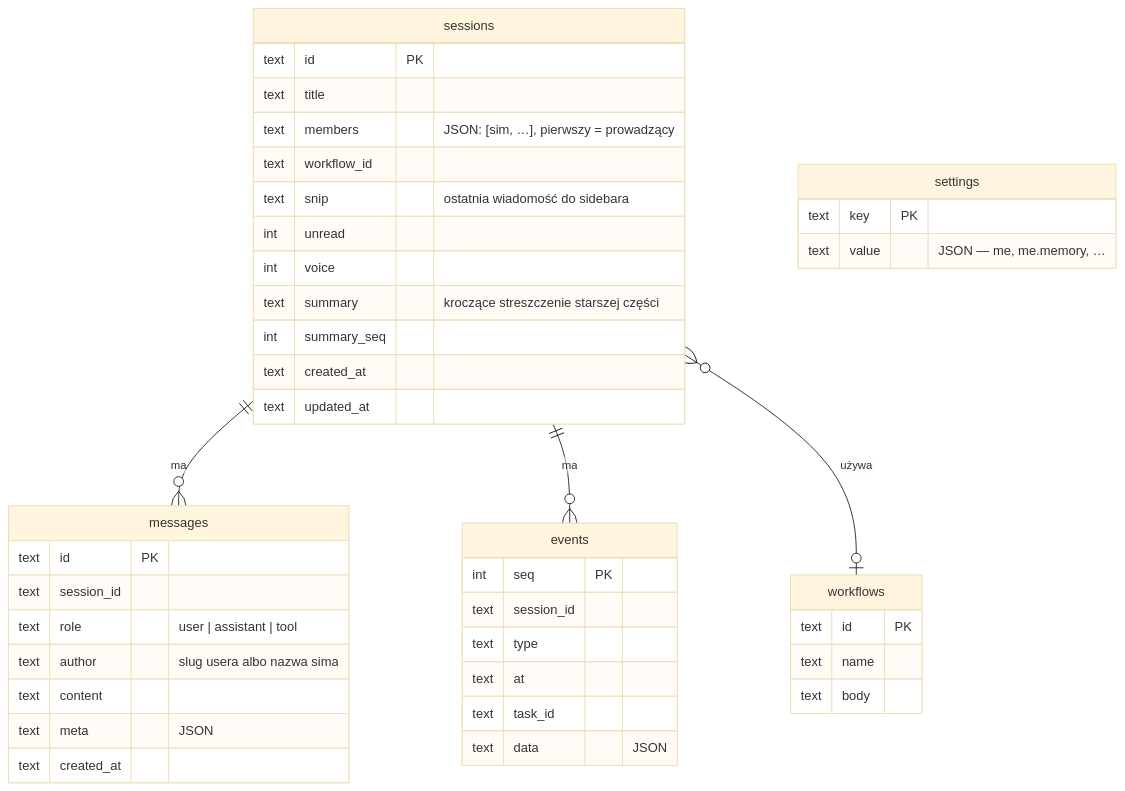
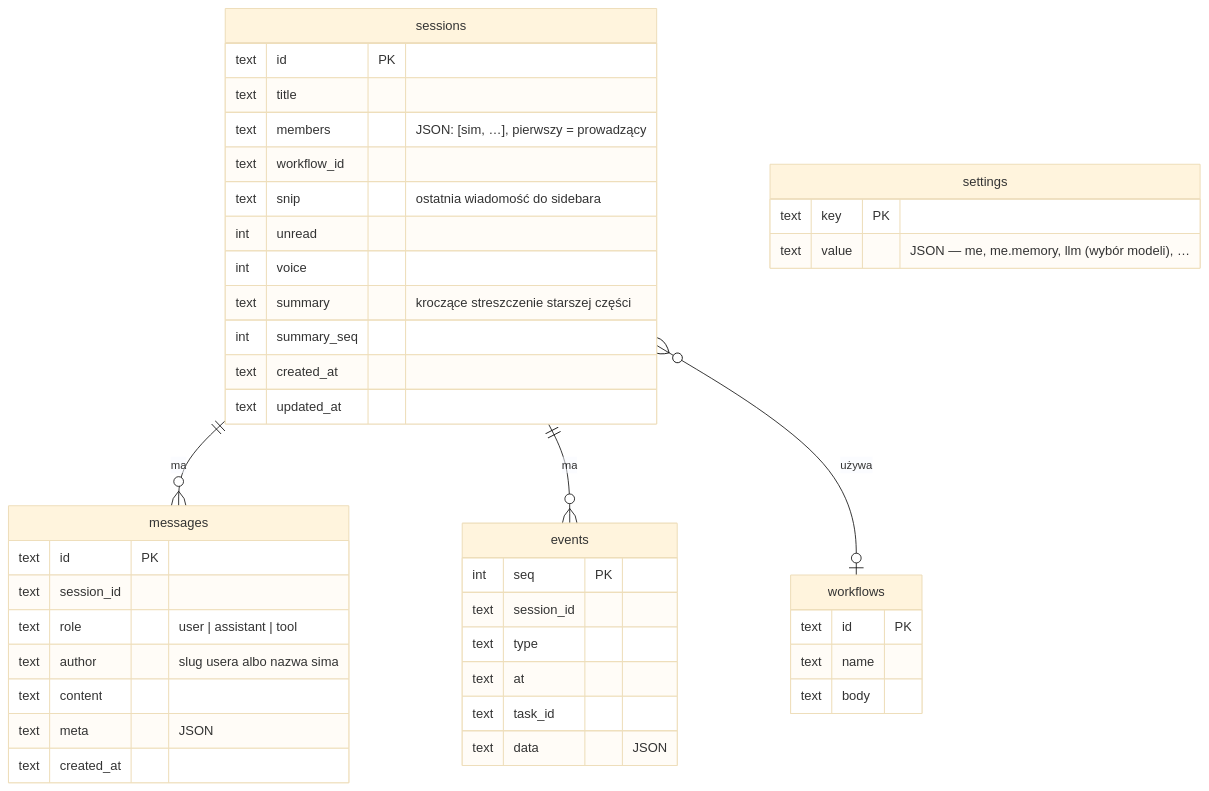
One commit to quak-smauga/Simbot changed the diagram in apps/docs/src/content/docs/architecture/data.md. Above: the diagram before and after it, drawn with Mermaid (base theme). The commit also changed other lines of this file and 45 other files, not shown here.

````diff
--- a/apps/docs/src/content/docs/architecture/data.md
+++ b/apps/docs/src/content/docs/architecture/data.md
@@ -42,45 +43,45 @@
 ```mermaid
 erDiagram
   sessions ||--o{ messages : ma
   sessions ||--o{ events : ma
   sessions }o--o| workflows : używa
   sessions {
     text id PK
     text title
     text members "JSON: [sim, …], pierwszy = prowadzący"
     text workflow_id
     text snip "ostatnia wiadomość do sidebara"
     int unread
     int voice
     text summary "kroczące streszczenie starszej części"
     int summary_seq
     text created_at
     text updated_at
   }
   messages {
     text id PK
     text session_id
     text role "user | assistant | tool"
     text author "slug usera albo nazwa sima"
     text content
     text meta "JSON"
     text created_at
   }
   events {
     int seq PK
     text session_id
     text type
     text at
     text task_id
     text data "JSON"
   }
   workflows {
     text id PK
     text name
     text body
   }
   settings {
     text key PK
-    text value "JSON — me, me.memory, …"
+    text value "JSON — me, me.memory, llm (wybór modeli), …"
   }
 ```
````
